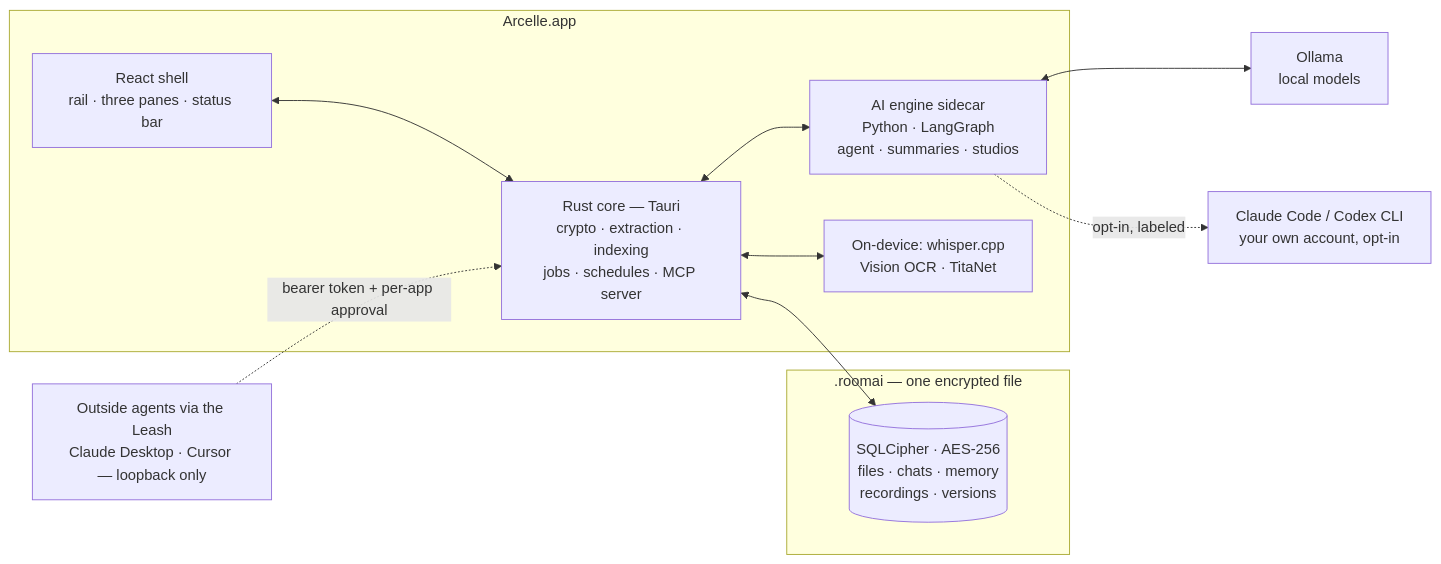
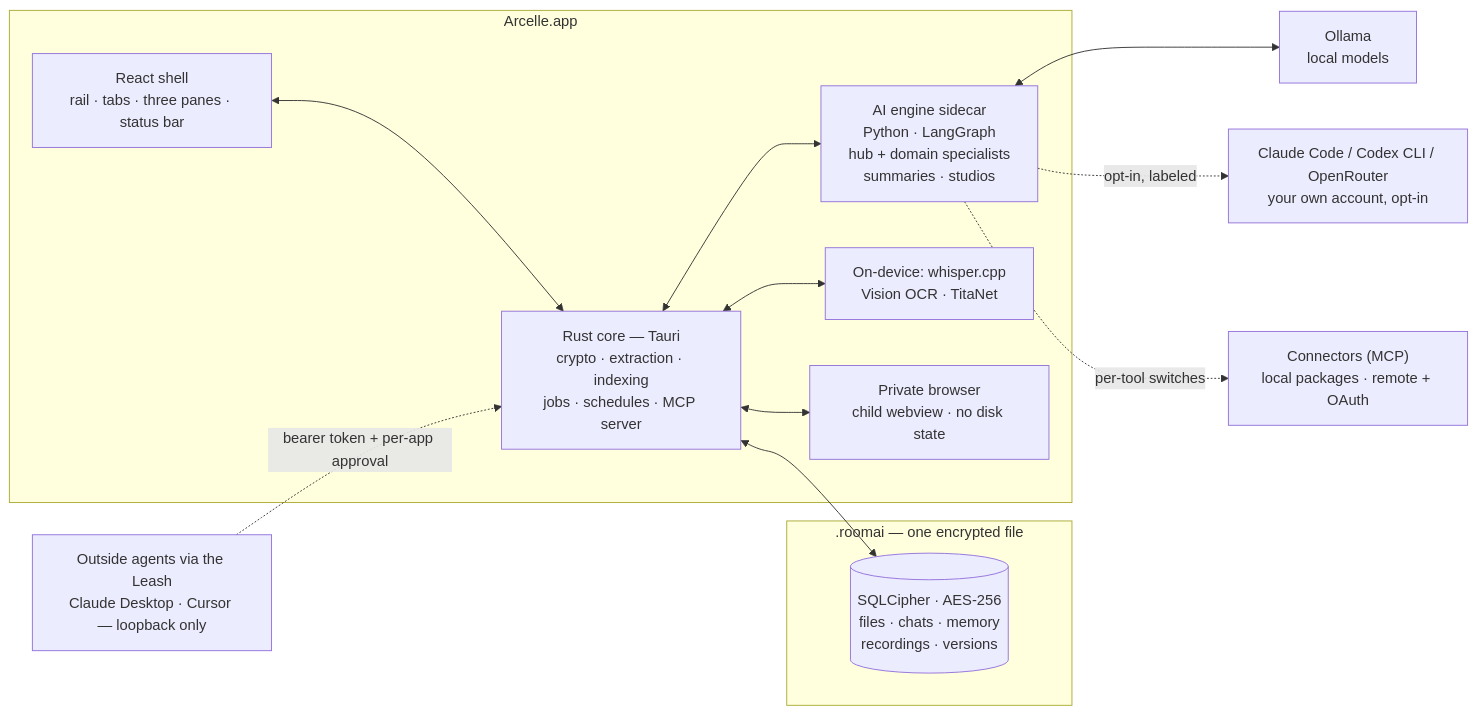
One commit to benrben/private-room changed the diagram in README.md. Above: the diagram before and after it, drawn with Mermaid. The commit also changed other lines of this file and 2 other files, not shown here.

````diff
--- a/README.md
+++ b/README.md
@@ -360,23 +616,27 @@
 ```mermaid
 flowchart LR
     subgraph file [".roomai — one encrypted file"]
         DB[("SQLCipher · AES-256<br/>files · chats · memory<br/>recordings · versions")]
     end
     subgraph app ["Arcelle.app"]
-        UI["React shell<br/>rail · three panes · status bar"]
+        UI["React shell<br/>rail · tabs · three panes · status bar"]
         CORE["Rust core — Tauri<br/>crypto · extraction · indexing<br/>jobs · schedules · MCP server"]
-        AI["AI engine sidecar<br/>Python · LangGraph<br/>agent · summaries · studios"]
+        AI["AI engine sidecar<br/>Python · LangGraph<br/>hub + domain specialists<br/>summaries · studios"]
         LOCAL["On-device: whisper.cpp<br/>Vision OCR · TitaNet"]
+        WEB["Private browser<br/>child webview · no disk state"]
     end
     OLLAMA["Ollama<br/>local models"]
-    CLIS["Claude Code / Codex CLI<br/>your own account, opt-in"]
+    CLIS["Claude Code / Codex CLI / OpenRouter<br/>your own account, opt-in"]
+    MCP["Connectors (MCP)<br/>local packages · remote + OAuth"]
     AGENTS["Outside agents via the Leash<br/>Claude Desktop · Cursor — loopback only"]
 
     UI <--> CORE
     CORE <--> DB
     CORE <--> AI
     CORE <--> LOCAL
+    CORE <--> WEB
     AI <--> OLLAMA
     AI -. "opt-in, labeled" .-> CLIS
+    AI -. "per-tool switches" .-> MCP
     AGENTS -. "bearer token + per-app approval" .-> CORE
 ```
````
